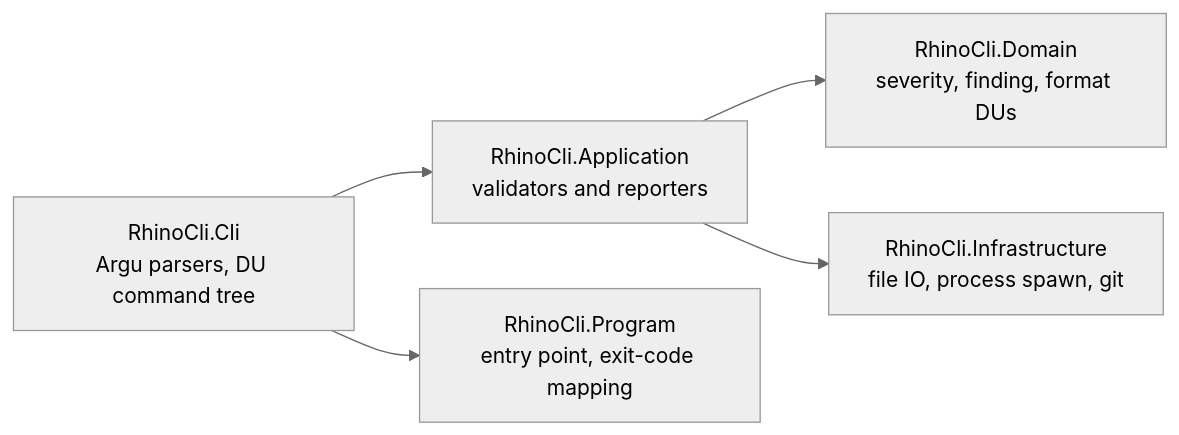
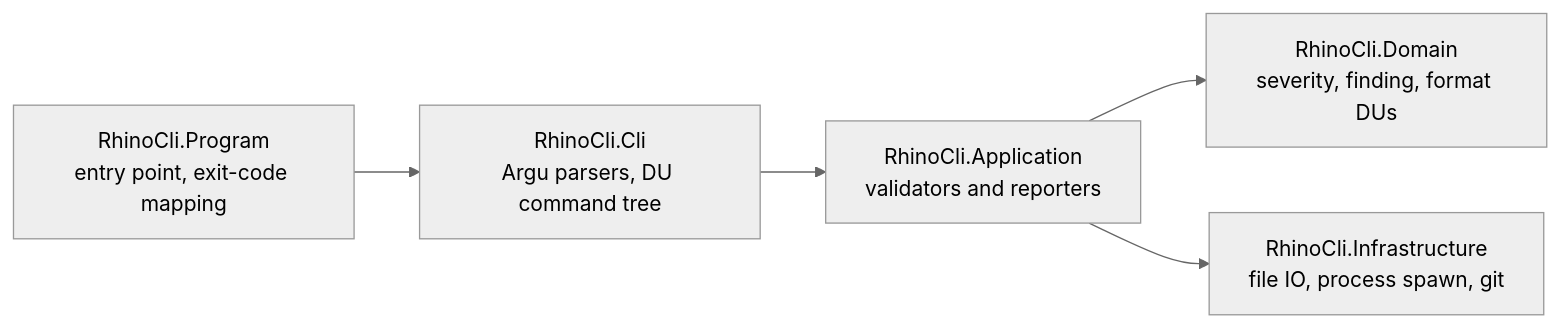
One commit to wahidyankf/open-sharia-fintech changed the first of 3 diagrams in plans/in-progress/rewrite-rhino-cli-to-fsharp/tech-docs.md. Above: the diagram before and after it, drawn with Mermaid (neutral theme). The commit also changed other lines of this file and 4 other files, not shown here.

````diff
--- a/plans/in-progress/rewrite-rhino-cli-to-fsharp/tech-docs.md
+++ b/plans/in-progress/rewrite-rhino-cli-to-fsharp/tech-docs.md
@@ -194,7 +194,8 @@
 ```mermaid
 flowchart LR
   CLI[RhinoCli.Cli<br/>Argu parsers, DU command tree] --> APP[RhinoCli.Application<br/>validators and reporters]
   APP --> DOM[RhinoCli.Domain<br/>severity, finding, format DUs]
   APP --> INF[RhinoCli.Infrastructure<br/>file IO, process spawn, git]
-  CLI --> PROG[RhinoCli.Program<br/>entry point, exit-code mapping]
+  PROG[RhinoCli.Program<br/>entry point, exit-code mapping]
+  PROG --> CLI
 ```
````
